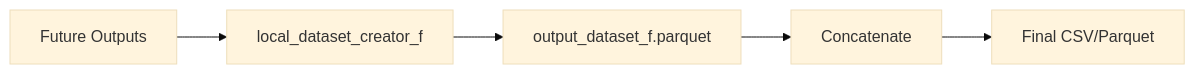
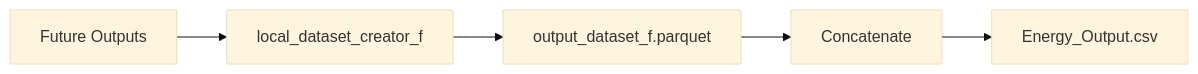
The fourth of 5 diagrams in docs/developer-guide/architecture.md (jeenogeorge/osemosys-rdm), drawn with Mermaid (base theme) before and after one commit. The commit also changed other lines of this file and 8 other files, not shown here.

````diff
--- a/docs/developer-guide/architecture.md
+++ b/docs/developer-guide/architecture.md
@@ -176,7 +207,7 @@
 ```{mermaid}
 flowchart LR
     A[Future Outputs] --> B[local_dataset_creator_f]
     B --> C[output_dataset_f.parquet]
     C --> D[Concatenate]
-    D --> E[Final CSV/Parquet]
+    D --> E[Energy_Output.csv]
 ```
````
